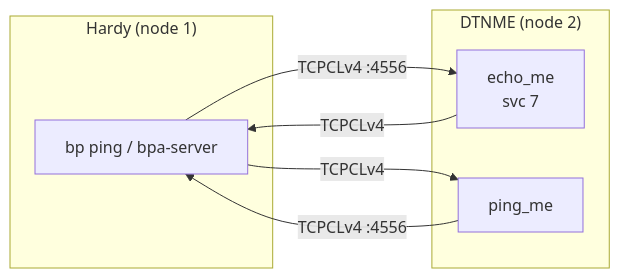
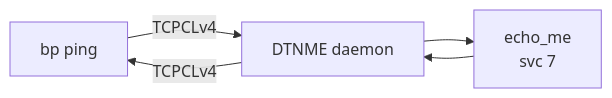
Before and after one commit to ricktaylor/hardy: the first of 2 diagrams in tests/interop/DTNME/README.md, drawn with Mermaid. The commit also changed other lines of this file and 4 other files, not shown here.

Commit message:
Update diagrams for clarity

````diff
--- a/tests/interop/DTNME/README.md
+++ b/tests/interop/DTNME/README.md
@@ -31,16 +33,7 @@
 ```mermaid
 flowchart LR
-    subgraph Hardy ["Hardy (node 1)"]
-        BP["bp ping / bpa-server"]
-    end
-
-    subgraph DTNME ["DTNME (node 2)"]
-        ECHO["echo_me<br/>svc 7"]
-        PING["ping_me"]
-    end
-
-    BP -- "TCPCLv4 :4556" --> ECHO
-    ECHO -- "TCPCLv4" --> BP
-    PING -- "TCPCLv4 :4556" --> BP
-    BP -- "TCPCLv4" --> PING
+    BP["bp ping"] -- "TCPCLv4" --> DTNME["DTNME daemon"]
+    DTNME --> ECHO["echo_me<br/>svc 7"]
+    ECHO --> DTNME
+    DTNME -- "TCPCLv4" --> BP
 ```
````
